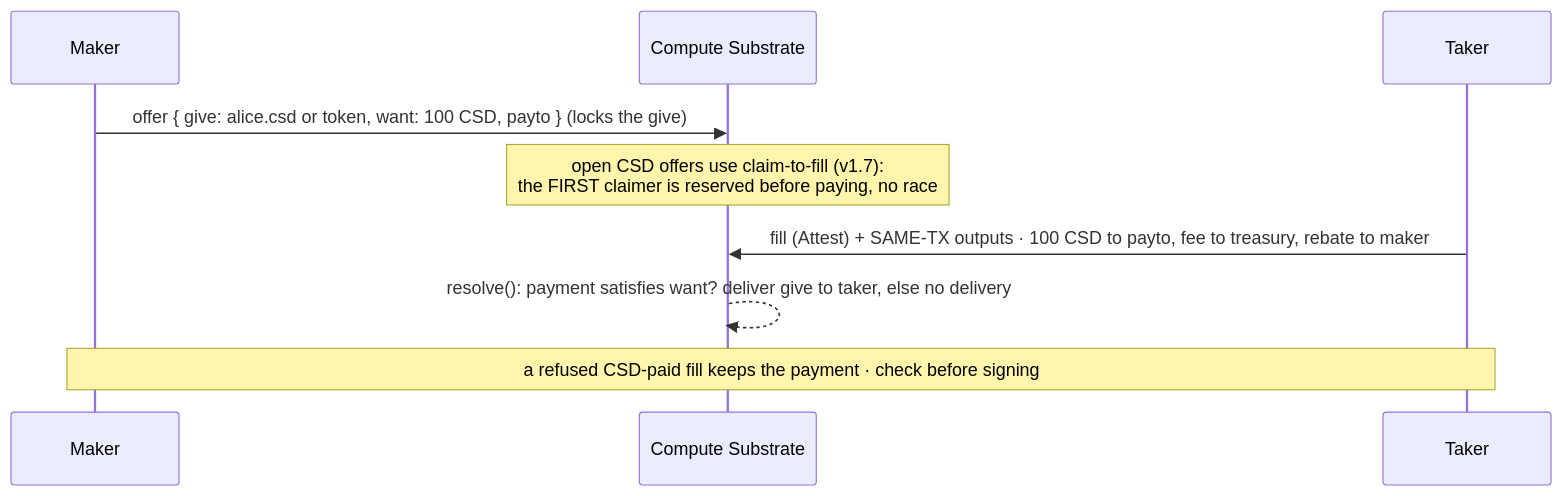
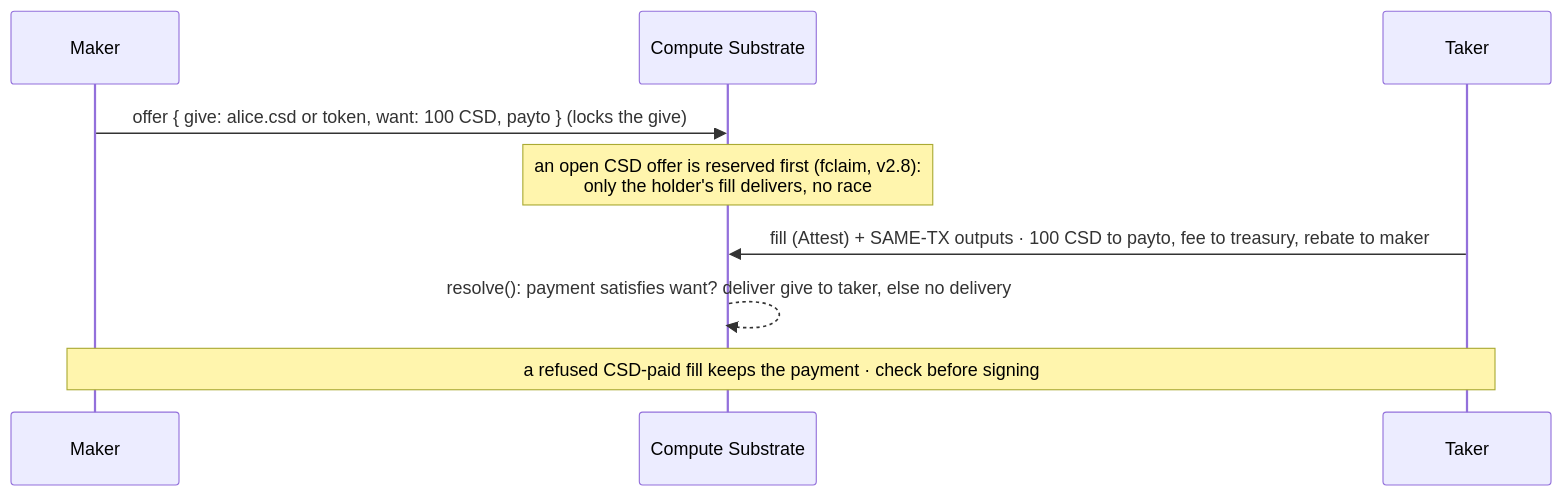
The fourth of 4 diagrams in packages/cairnx/README.md (InverseAltruism/csd-sdk), drawn with Mermaid before and after one commit. The commit also changed other lines of this file and 1 other file, not shown here.

````diff
--- a/packages/cairnx/README.md
+++ b/packages/cairnx/README.md
@@ -206,11 +210,11 @@
 ```mermaid
 sequenceDiagram
   participant Maker
   participant Chain as Compute Substrate
   participant Taker
   Maker->>Chain: offer { give: alice.csd or token, want: 100 CSD, payto }  (locks the give)
-  Note over Chain: open CSD offers use claim-to-fill (v1.7):<br/>the FIRST claimer is reserved before paying, no race
+  Note over Chain: an open CSD offer is reserved first (fclaim, v2.8):<br/>only the holder's fill delivers, no race
   Taker->>Chain: fill (Attest) + SAME-TX outputs · 100 CSD to payto, fee to treasury, rebate to maker
   Chain-->>Chain: resolve(): payment satisfies want? deliver give to taker, else no delivery
   Note over Maker,Taker: a refused CSD-paid fill keeps the payment · check before signing
 ```
````
